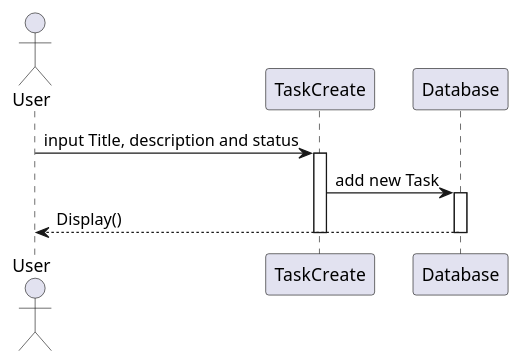
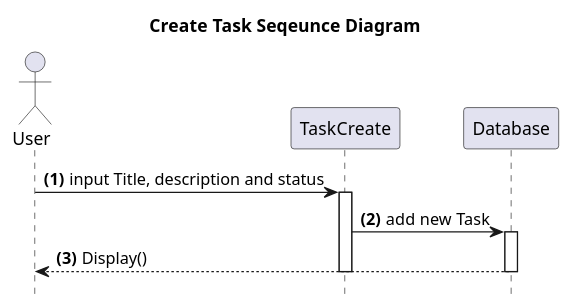
Before and after one commit to Kritsanawipankhet/CE64-41: the diagram in documents/diagrams/src/web-client/taskcreate.wsd, drawn with PlantUML. The commit also changed 11 other files, not shown here.

Commit message:
hide footbox

```diff
--- a/documents/diagrams/src/web-client/taskcreate.wsd
+++ b/documents/diagrams/src/web-client/taskcreate.wsd
@@ -1,10 +1,13 @@
 @startuml
+title **Create Task** Seqeunce Diagram
+hide footbox
 Actor User
+autonumber "<b>(0)"
 User -> TaskCreate : input Title, description and status
 activate TaskCreate
 TaskCreate -> Database : add new Task
 activate Database
 Database --> User : Display()
 deactivate Database
 deactivate TaskCreate
 @enduml
```
